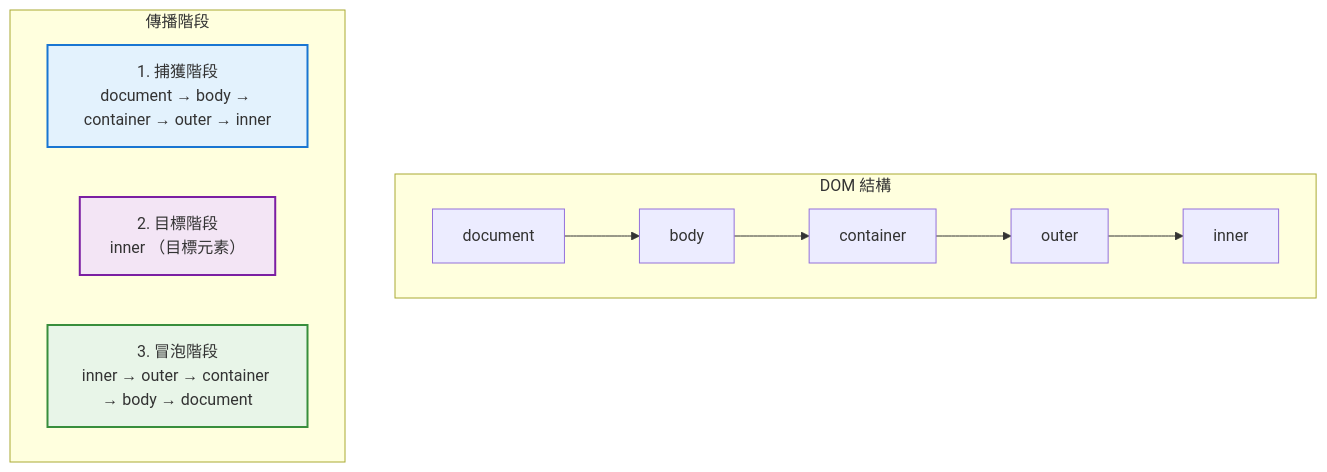
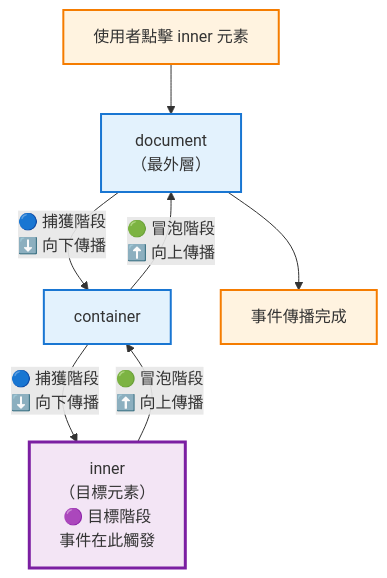
The fourth of 5 diagrams in source/_posts/lokiTech-js-baseclass-3.md (summer10920/summer10920.github.io), drawn with Mermaid before and after one commit. The commit also changed other lines of this file and 3 other files, not shown here.

```diff
--- a/source/_posts/lokiTech-js-baseclass-3.md
+++ b/source/_posts/lokiTech-js-baseclass-3.md
@@ -1583,23 +1587,20 @@
 {% mermaid graph TD %}
-subgraph EventFlow["DOM 結構"]
-  Document["document"]
-  Body["body"]
-  Container["container"]
-  Outer["outer"]
-  Inner["inner"]
+  Start["使用者點擊 inner 元素"] 
+  D["document<br/>（最外層）"]
+  C["container"]
+  I["inner<br/>（目標元素）<br/>🟣 目標階段<br/>事件在此觸發"]
+  End["事件傳播完成"]
+
+  Start --> D
+  D -->|"🔵 捕獲階段<br/>⬇️ 向下傳播"| C
+  C -->|"🔵 捕獲階段<br/>⬇️ 向下傳播"| I
+  I -->|"🟢 冒泡階段<br/>⬆️ 向上傳播"| C
+  C -->|"🟢 冒泡階段<br/>⬆️ 向上傳播"| D
+  D --> End
   
-  Document --> Body
-  Body --> Container
-  Container --> Outer
-  Outer --> Inner
-end
-subgraph Phases["傳播階段"]
-  Phase1["1. 捕獲階段<br/>document → body → container → outer → inner"]
-  Phase2["2. 目標階段<br/>inner （目標元素）"]
-  Phase3["3. 冒泡階段<br/>inner → outer → container → body → document"]
-end
-
-style Phase1 fill:#e3f2fd,stroke:#1976d2,stroke-width:2px
-style Phase2 fill:#f3e5f5,stroke:#7b1fa2,stroke-width:2px
-style Phase3 fill:#e8f5e8,stroke:#388e3c,stroke-width:2px
+  style Start fill:#fff3e0,stroke:#f57c00,stroke-width:2px
+  style D fill:#e3f2fd,stroke:#1976d2,stroke-width:2px
+  style C fill:#e3f2fd,stroke:#1976d2,stroke-width:2px
+  style I fill:#f3e5f5,stroke:#7b1fa2,stroke-width:3px
+  style End fill:#fff3e0,stroke:#f57c00,stroke-width:2px
 {% endmermaid %}
```
